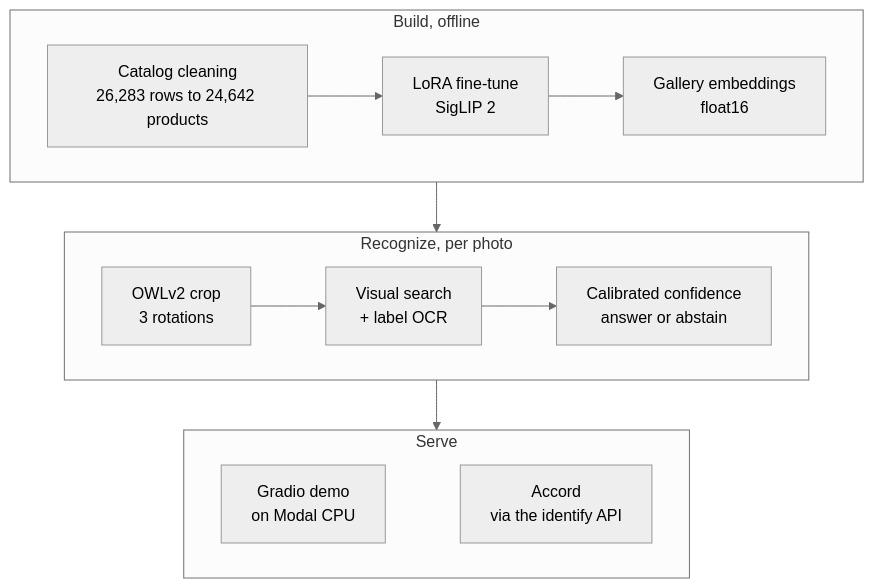
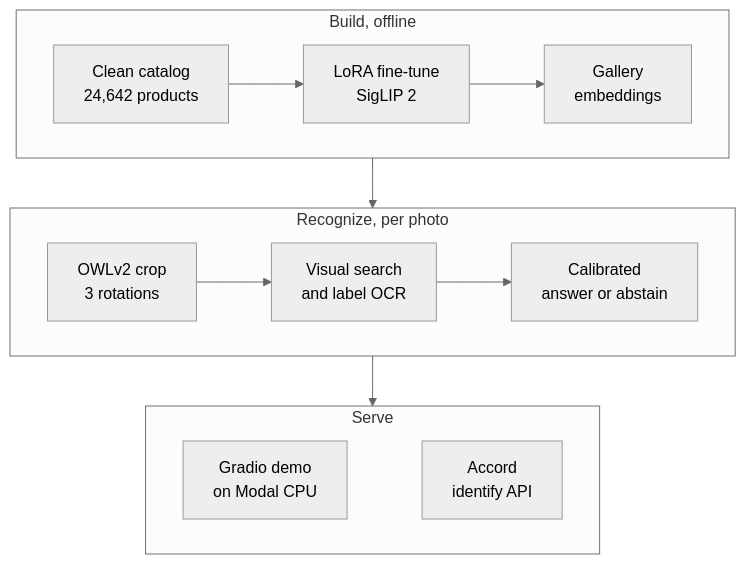
Before and after one commit to bhnsadhu/scent-lens: the diagram in README.md, drawn with Mermaid (neutral theme). The commit also changed other lines of this file, not shown here.

````diff
--- a/README.md
+++ b/README.md
@@ -39,17 +39,17 @@
 ```mermaid
 flowchart TD
   subgraph build["Build, offline"]
     direction LR
-    cat["Catalog cleaning<br/>26,283 rows to 24,642 products"] --> ft["LoRA fine-tune<br/>SigLIP 2"] --> emb["Gallery embeddings<br/>float16"]
+    cat["Clean catalog<br/>24,642 products"] --> ft["LoRA fine-tune<br/>SigLIP 2"] --> emb["Gallery<br/>embeddings"]
   end
   subgraph run["Recognize, per photo"]
     direction LR
-    crop["OWLv2 crop<br/>3 rotations"] --> sim["Visual search<br/>+ label OCR"] --> cal["Calibrated confidence<br/>answer or abstain"]
+    crop["OWLv2 crop<br/>3 rotations"] --> sim["Visual search<br/>and label OCR"] --> cal["Calibrated<br/>answer or abstain"]
   end
   subgraph serve["Serve"]
     direction LR
-    demo["Gradio demo<br/>on Modal CPU"] ~~~ acc["Accord<br/>via the identify API"]
+    demo["Gradio demo<br/>on Modal CPU"] ~~~ acc["Accord<br/>identify API"]
   end
   build --> run
   run --> serve
 ```
````
